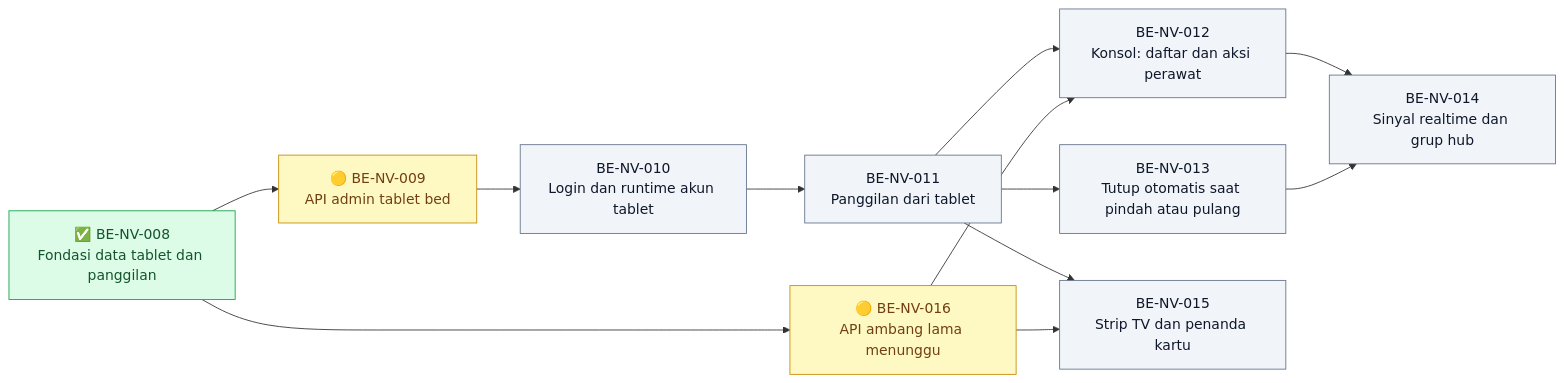
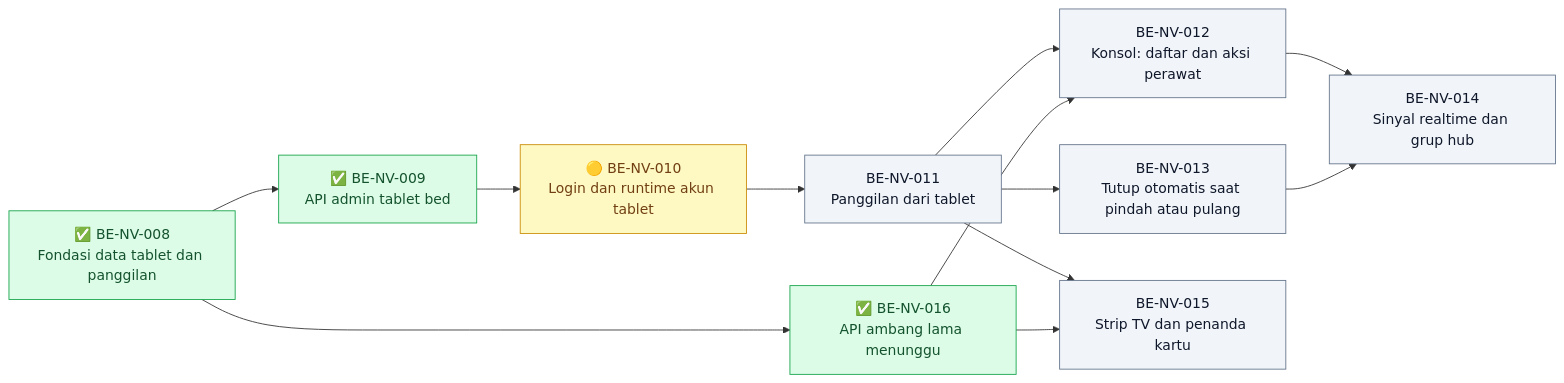
Before and after one commit to DevBenari/NewQuilvianSystemBackend: the second of 2 diagrams in docs/module-blueprints/nurse-view/roadmap/backend-roadmap.md, drawn with Mermaid. The commit also changed other lines of this file and 15 other files, not shown here.

````diff
--- a/docs/module-blueprints/nurse-view/roadmap/backend-roadmap.md
+++ b/docs/module-blueprints/nurse-view/roadmap/backend-roadmap.md
@@ -204,29 +204,29 @@
 ```mermaid
 flowchart LR
     classDef selesai fill:#DCFCE7,stroke:#16A34A,color:#14532D
     classDef sebagian fill:#FEF9C3,stroke:#CA8A04,color:#713F12
     classDef terblokir fill:#FEE2E2,stroke:#DC2626,color:#7F1D1D
     classDef belum fill:#F1F5F9,stroke:#64748B,color:#0F172A
 
     BENV008["✅ BE-NV-008<br/>Fondasi data tablet dan panggilan"]:::selesai
-    BENV009["🟡 BE-NV-009<br/>API admin tablet bed"]:::sebagian
-    BENV010["BE-NV-010<br/>Login dan runtime akun tablet"]:::belum
+    BENV009["✅ BE-NV-009<br/>API admin tablet bed"]:::selesai
+    BENV010["🟡 BE-NV-010<br/>Login dan runtime akun tablet"]:::sebagian
     BENV011["BE-NV-011<br/>Panggilan dari tablet"]:::belum
     BENV012["BE-NV-012<br/>Konsol: daftar dan aksi perawat"]:::belum
     BENV013["BE-NV-013<br/>Tutup otomatis saat pindah atau pulang"]:::belum
     BENV014["BE-NV-014<br/>Sinyal realtime dan grup hub"]:::belum
     BENV015["BE-NV-015<br/>Strip TV dan penanda kartu"]:::belum
-    BENV016["🟡 BE-NV-016<br/>API ambang lama menunggu"]:::sebagian
+    BENV016["✅ BE-NV-016<br/>API ambang lama menunggu"]:::selesai
 
     BENV008 --> BENV009
     BENV009 --> BENV010
     BENV010 --> BENV011
     BENV011 --> BENV012
     BENV011 --> BENV013
     BENV011 --> BENV015
     BENV008 --> BENV016
     BENV016 --> BENV012
     BENV016 --> BENV015
     BENV012 --> BENV014
     BENV013 --> BENV014
 ```
````
